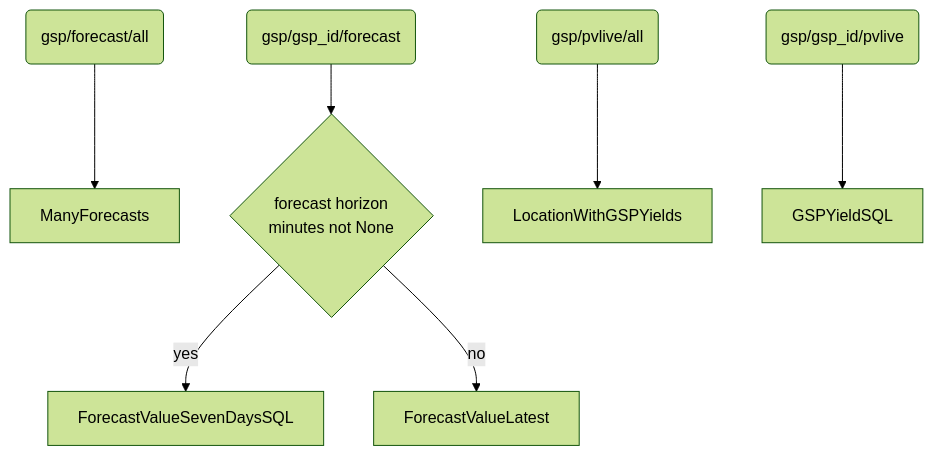
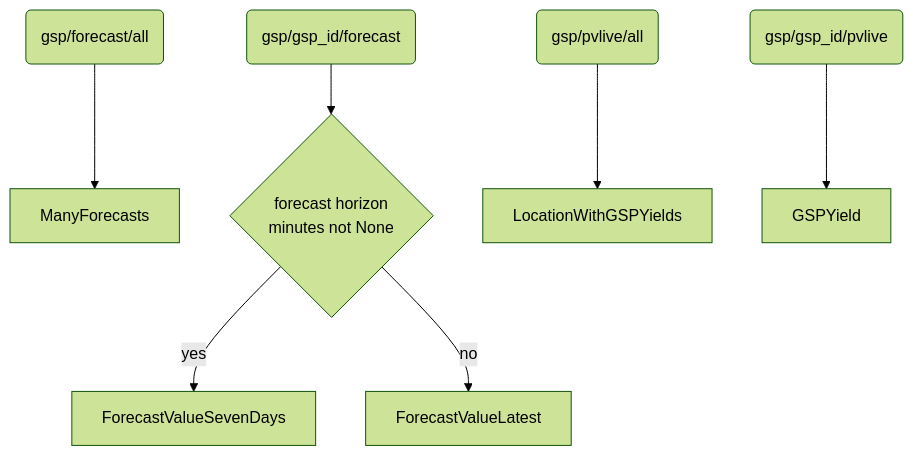
The second of 3 diagrams in README.md (openclimatefix/uk-pv-national-gsp-api), drawn with Mermaid (forest theme) before and after one commit. The commit also changed other lines of this file, not shown here.

````diff
--- a/README.md
+++ b/README.md
@@ -103,16 +103,16 @@
 ```mermaid
   graph TD;
       G1(gsp/forecast/all);
       G1--> N3[ManyForecasts];
 
       G3(gsp/gsp_id/forecast) -->Q4;
       Q4{forecast horizon <br> minutes not None}
-      Q4-->|yes| G7[ForecastValueSevenDaysSQL];
+      Q4-->|yes| G7[ForecastValueSevenDays];
       Q4-->|no| G6[ForecastValueLatest];
 
       GP1(gsp/pvlive/all)-->GP2;
       GP2[LocationWithGSPYields];
 
       GP3(gsp/gsp_id/pvlive)-->GP4;
-      GP4[GSPYieldSQL];
+      GP4[GSPYield];
 ```
````
